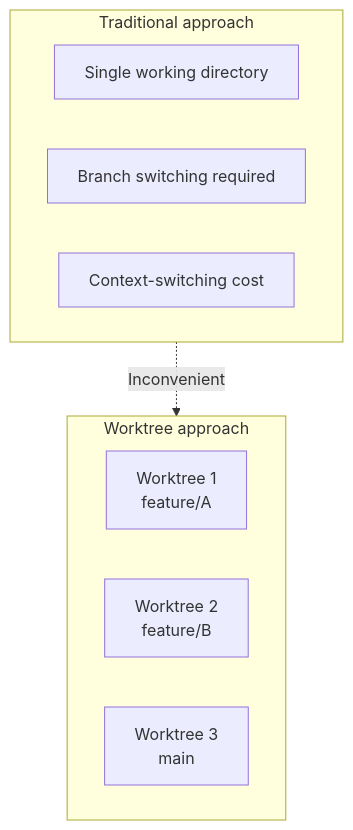
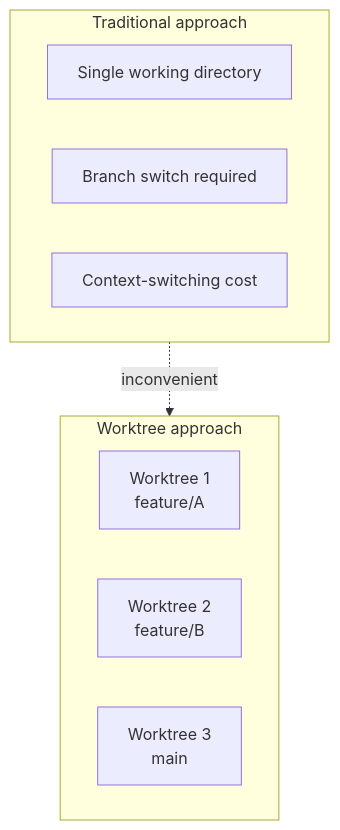
One commit to modu-ai/moai-adk changed the first of 10 diagrams in docs-site/content/en/worktree/guide.md. Above: the diagram before and after it, drawn with Mermaid. The commit also changed other lines of this file and 180 other files, not shown here.

````diff
--- a/docs-site/content/en/worktree/guide.md
+++ b/docs-site/content/en/worktree/guide.md
@@ -30,16 +25,16 @@
 ```mermaid
 graph TB
     subgraph Traditional["Traditional approach"]
         T1[Single working directory]
-        T2[Branch switching required]
+        T2[Branch switch required]
         T3[Context-switching cost]
     end
 
     subgraph Worktree["Worktree approach"]
         W1[Worktree 1<br/>feature/A]
         W2[Worktree 2<br/>feature/B]
         W3[Worktree 3<br/>main]
     end
 
-    Traditional -.->|Inconvenient| Worktree
+    Traditional -.->|inconvenient| Worktree
 ```
````
